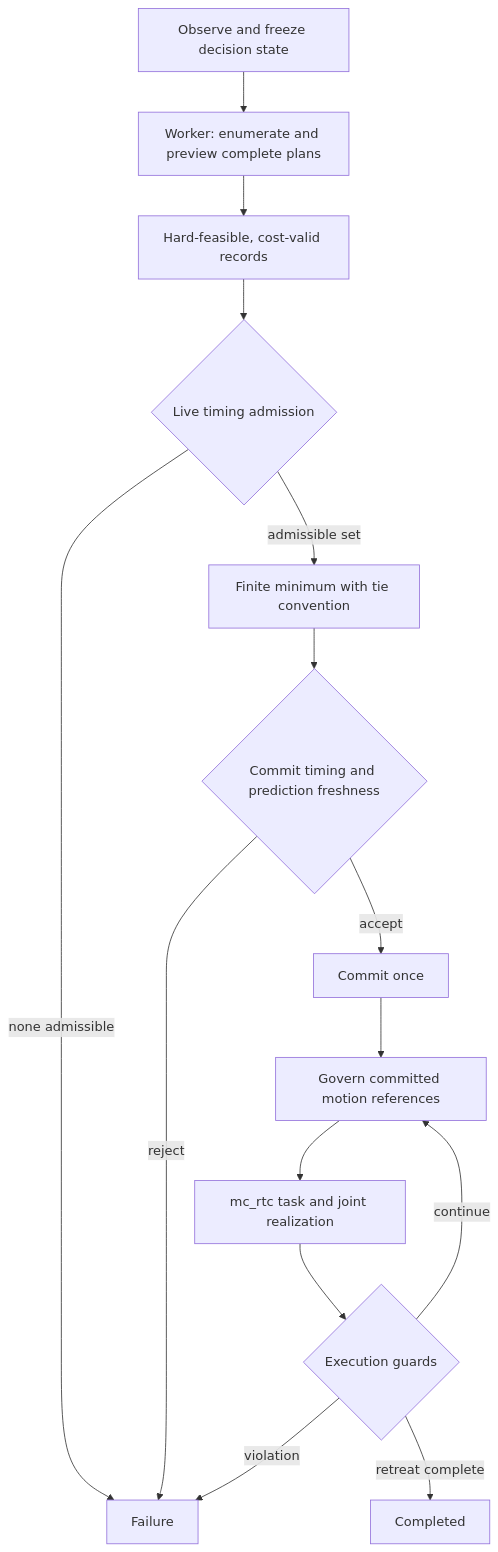
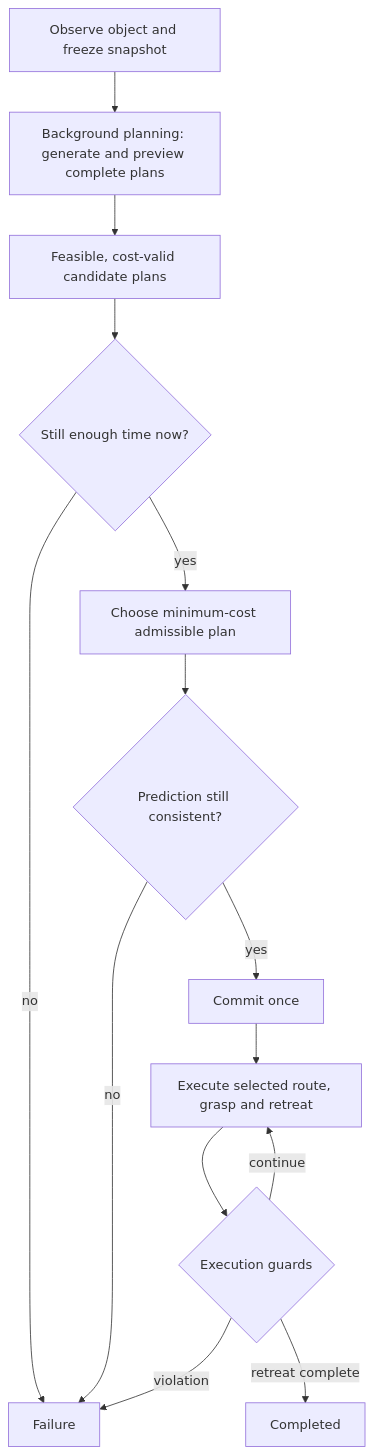
Before and after one commit to harryjavadinia-creator/TRIAD-handover-controller: the diagram in docs/architecture.md, drawn with Mermaid. The commit also changed other lines of this file, not shown here.

Commit message:
Simplify architecture and explain background planning clearly

````diff
--- a/docs/architecture.md
+++ b/docs/architecture.md
@@ -5,17 +15,16 @@
 ```mermaid
 flowchart TD
-  observe["Observe and freeze decision state"] --> worker["Worker: enumerate and preview complete plans"]
-  worker --> records["Hard-feasible, cost-valid records"]
-  records --> gate{"Live timing admission"}
-  gate -->|none admissible| failure["Failure"]
-  gate -->|admissible set| select["Finite minimum with tie convention"]
-  select --> fresh{"Commit timing and prediction freshness"}
-  fresh -->|reject| failure
-  fresh -->|accept| commit["Commit once"]
-  commit --> execute["Govern committed motion references"]
-  execute --> qp["mc_rtc task and joint realization"]
-  qp --> monitor{"Execution guards"}
-  monitor -->|violation| failure
-  monitor -->|continue| execute
-  monitor -->|retreat complete| done["Completed"]
+  observe["Observe object and freeze snapshot"] --> worker["Background planning: generate and preview complete plans"]
+  worker --> records["Feasible, cost-valid candidate plans"]
+  records --> timing{"Still enough time now?"}
+  timing -->|no| failure["Failure"]
+  timing -->|yes| select["Choose minimum-cost admissible plan"]
+  select --> fresh{"Prediction still consistent?"}
+  fresh -->|no| failure
+  fresh -->|yes| commit["Commit once"]
+  commit --> execute["Execute selected route, grasp and retreat"]
+  execute --> guards{"Execution guards"}
+  guards -->|violation| failure
+  guards -->|continue| execute
+  guards -->|retreat complete| done["Completed"]
 ```
````
